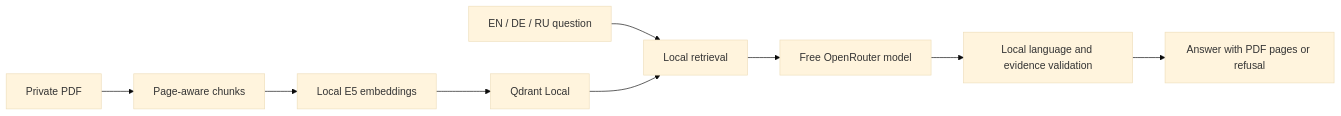
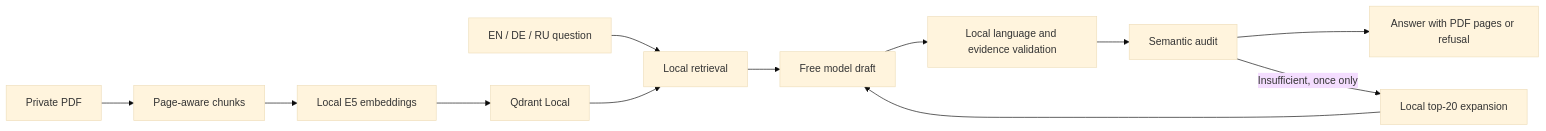
One commit to cryptoadya/garage-rag changed the diagram in README.md. Above: the diagram before and after it, drawn with Mermaid (base theme). The commit also changed other lines of this file and 19 other files, not shown here.

````diff
--- a/README.md
+++ b/README.md
@@ -81,11 +84,14 @@
 ```mermaid
 flowchart LR
     PDF[Private PDF] --> Chunks[Page-aware chunks]
     Chunks --> E5[Local E5 embeddings]
     E5 --> Index[Qdrant Local]
     Question[EN / DE / RU question] --> Retrieval[Local retrieval]
     Index --> Retrieval
-    Retrieval --> Model[Free OpenRouter model]
+    Retrieval --> Model[Free model draft]
     Model --> Validation[Local language and evidence validation]
-    Validation --> Answer[Answer with PDF pages or refusal]
+    Validation --> Audit[Semantic audit]
+    Audit --> Answer[Answer with PDF pages or refusal]
+    Audit -->|Insufficient, once only| Expansion[Local top-20 expansion]
+    Expansion --> Model
 ```
````
